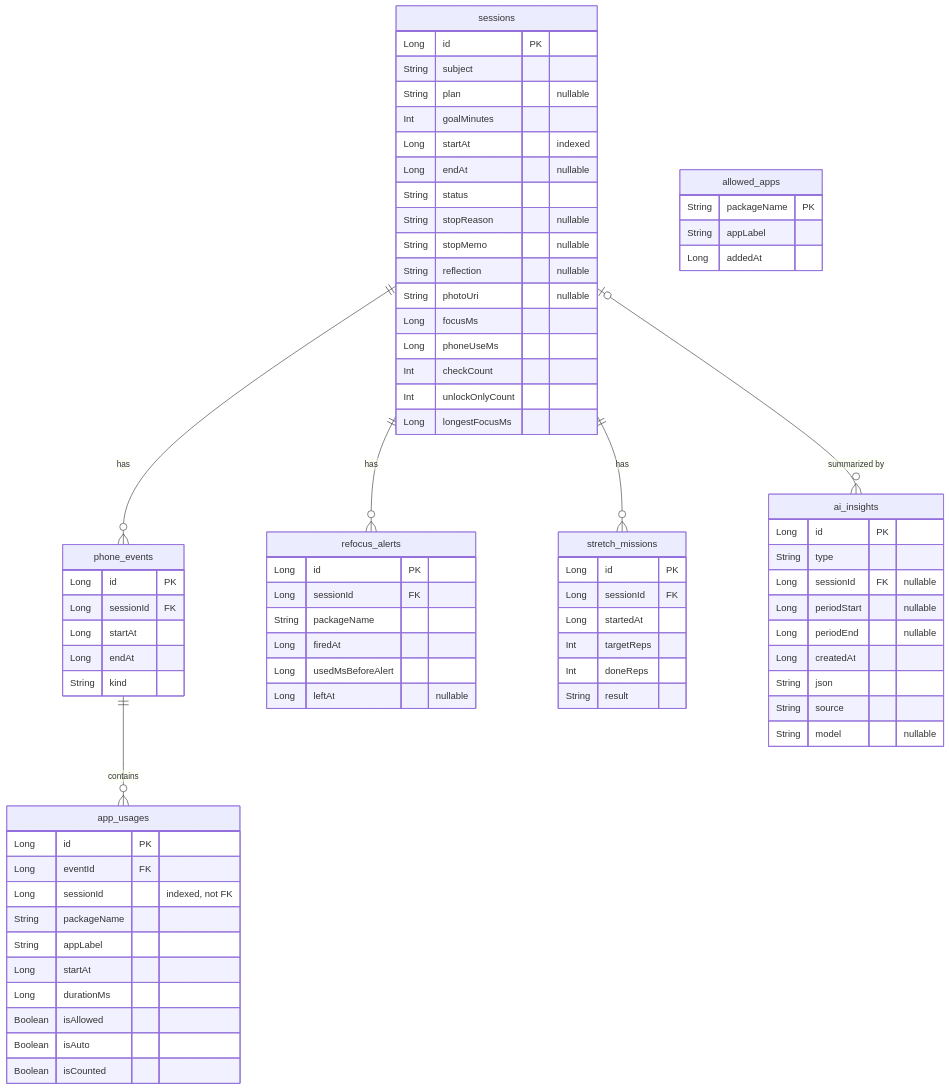
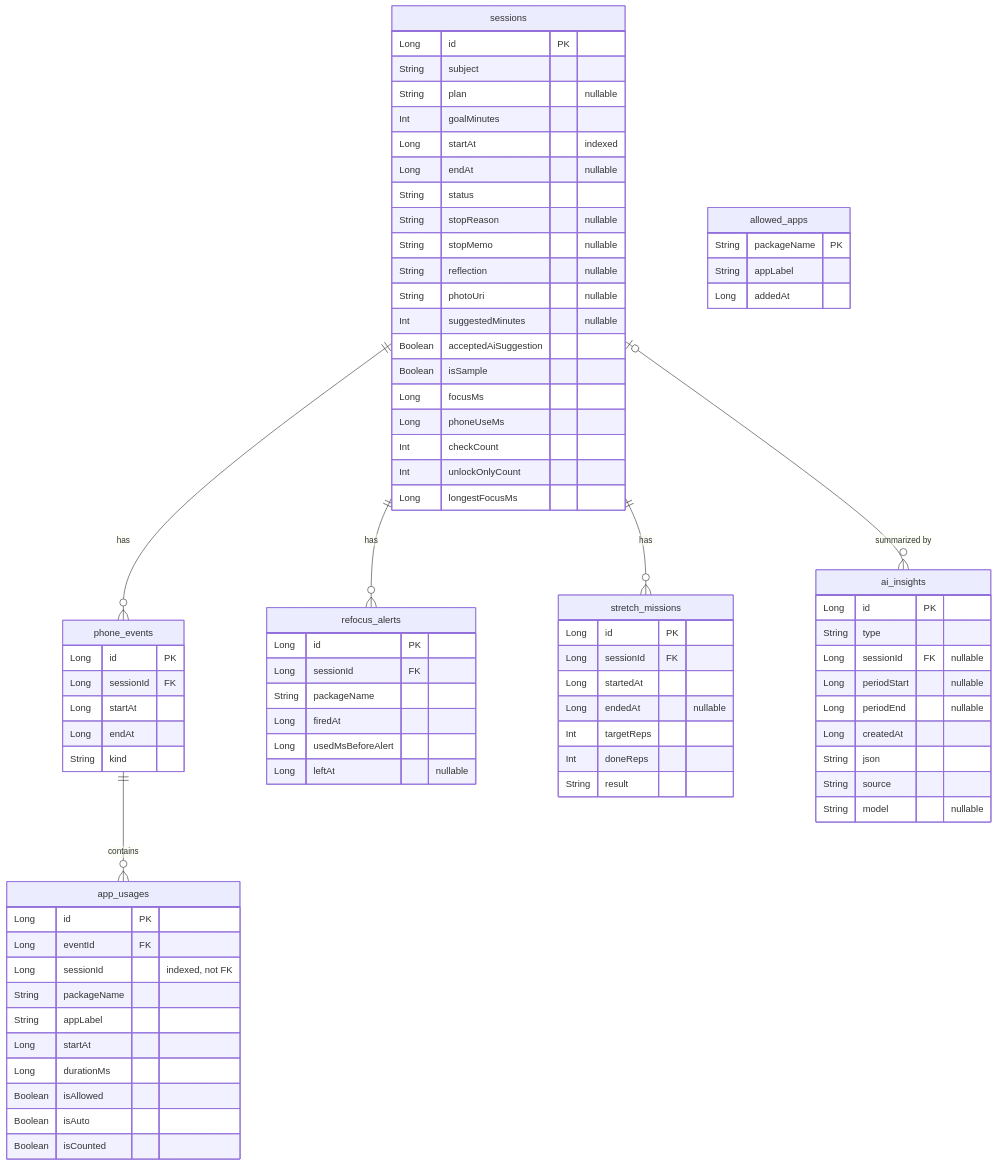
The diagram in docs/schema.md (kimm00/2026_Mobile-Programming), drawn with Mermaid before and after one commit. The commit also changed other lines of this file, not shown here.

Commit message:
docs(schema): finalize v1 with AI suggestion, sample flag, and stop reasons

````diff
--- a/docs/schema.md
+++ b/docs/schema.md
@@ -12,78 +12,82 @@
 ```mermaid
 erDiagram
     sessions ||--o{ phone_events : "has"
     phone_events ||--o{ app_usages : "contains"
     sessions ||--o{ refocus_alerts : "has"
     sessions ||--o{ stretch_missions : "has"
     sessions |o--o{ ai_insights : "summarized by"
 
     sessions {
         Long id PK
         String subject
         String plan "nullable"
         Int goalMinutes
         Long startAt "indexed"
         Long endAt "nullable"
         String status
         String stopReason "nullable"
         String stopMemo "nullable"
         String reflection "nullable"
         String photoUri "nullable"
+        Int suggestedMinutes "nullable"
+        Boolean acceptedAiSuggestion
+        Boolean isSample
         Long focusMs
         Long phoneUseMs
         Int checkCount
         Int unlockOnlyCount
         Long longestFocusMs
     }
     phone_events {
         Long id PK
         Long sessionId FK
         Long startAt
         Long endAt
         String kind
     }
     app_usages {
         Long id PK
         Long eventId FK
         Long sessionId "indexed, not FK"
         String packageName
         String appLabel
         Long startAt
         Long durationMs
         Boolean isAllowed
         Boolean isAuto
         Boolean isCounted
     }
     allowed_apps {
         String packageName PK
         String appLabel
         Long addedAt
     }
     refocus_alerts {
         Long id PK
         Long sessionId FK
         String packageName
         Long firedAt
         Long usedMsBeforeAlert
         Long leftAt "nullable"
     }
     stretch_missions {
         Long id PK
         Long sessionId FK
         Long startedAt
+        Long endedAt "nullable"
         Int targetReps
         Int doneReps
         String result
     }
     ai_insights {
         Long id PK
         String type
         Long sessionId FK "nullable"
         Long periodStart "nullable"
         Long periodEnd "nullable"
         Long createdAt
         String json
         String source
         String model "nullable"
     }
 ```
````
